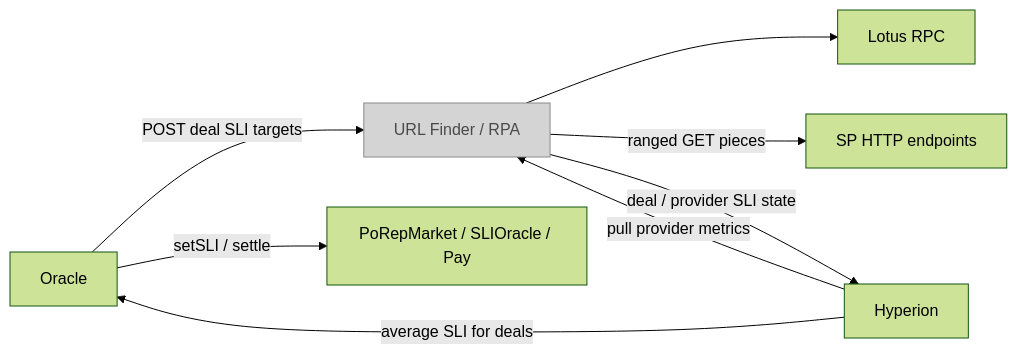
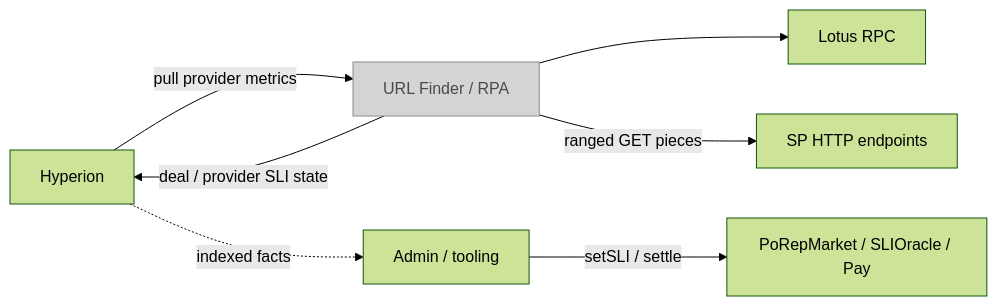
One commit to fidlabs/FCSS-devnet changed the second of 12 diagrams in ARCHITECTURE.md. Above: the diagram before and after it, drawn with Mermaid (forest theme). The commit also changed other lines of this file and 28 other files, not shown here.

````diff
--- a/ARCHITECTURE.md
+++ b/ARCHITECTURE.md
@@ -170,13 +155,12 @@
 ```mermaid
 flowchart LR
-  Oracle["Oracle"] -->|POST deal SLI targets| UF["URL Finder / RPA"]
-  Hyperion["Hyperion"] -->|pull provider metrics| UF
+  Hyperion["Hyperion"] -->|pull provider metrics| UF["URL Finder / RPA"]
   UF --> Lotus["Lotus RPC"]
   UF -->|ranged GET pieces| SPHTTP["SP HTTP endpoints"]
   UF -->|deal / provider SLI state| Hyperion
-  Hyperion -->|average SLI for deals| Oracle
-  Oracle -->|setSLI / settle| Chain["PoRepMarket / SLIOracle / Pay"]
+  AdminCLI["Admin / tooling"] -->|setSLI / settle| Chain["PoRepMarket / SLIOracle / Pay"]
+  Hyperion -.->|indexed facts| AdminCLI
 
   classDef external fill:#d4d4d4,stroke:#8a8a8a,color:#4a4a4a
   class UF external
 ```
````
